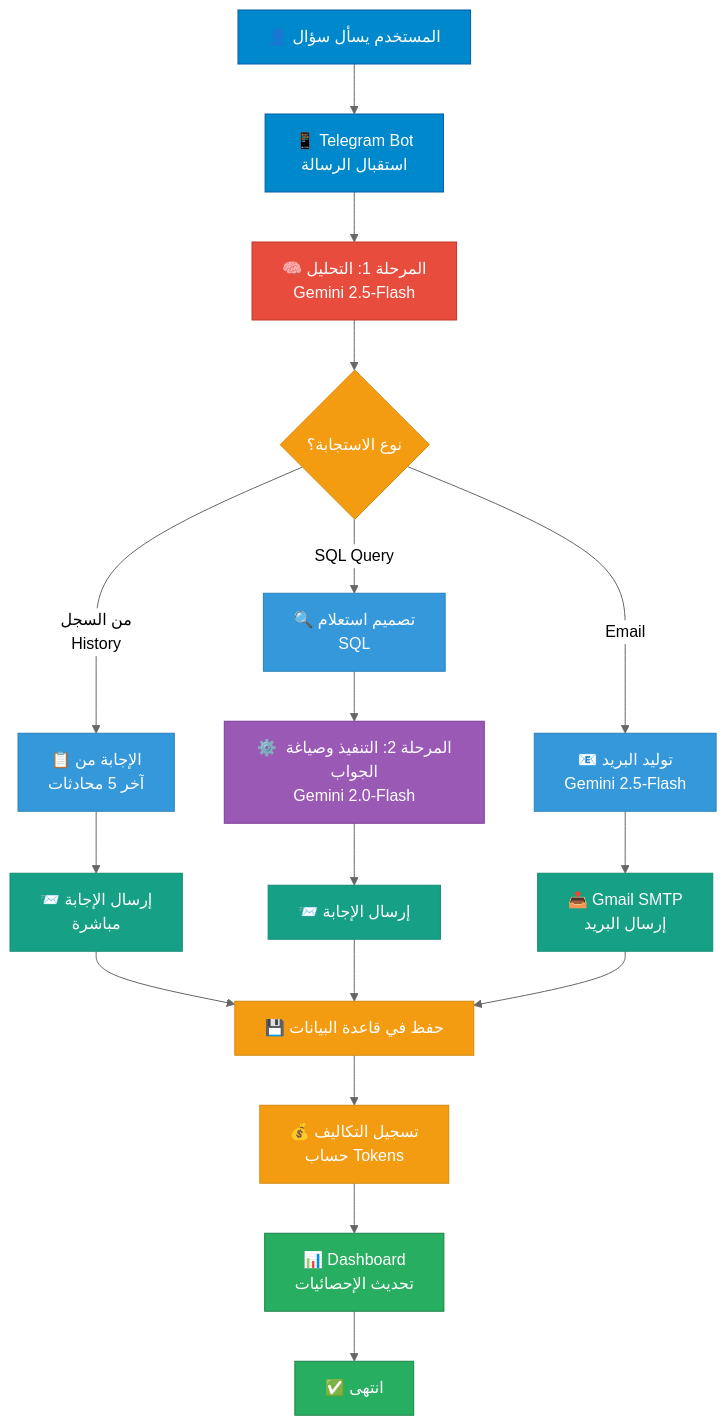
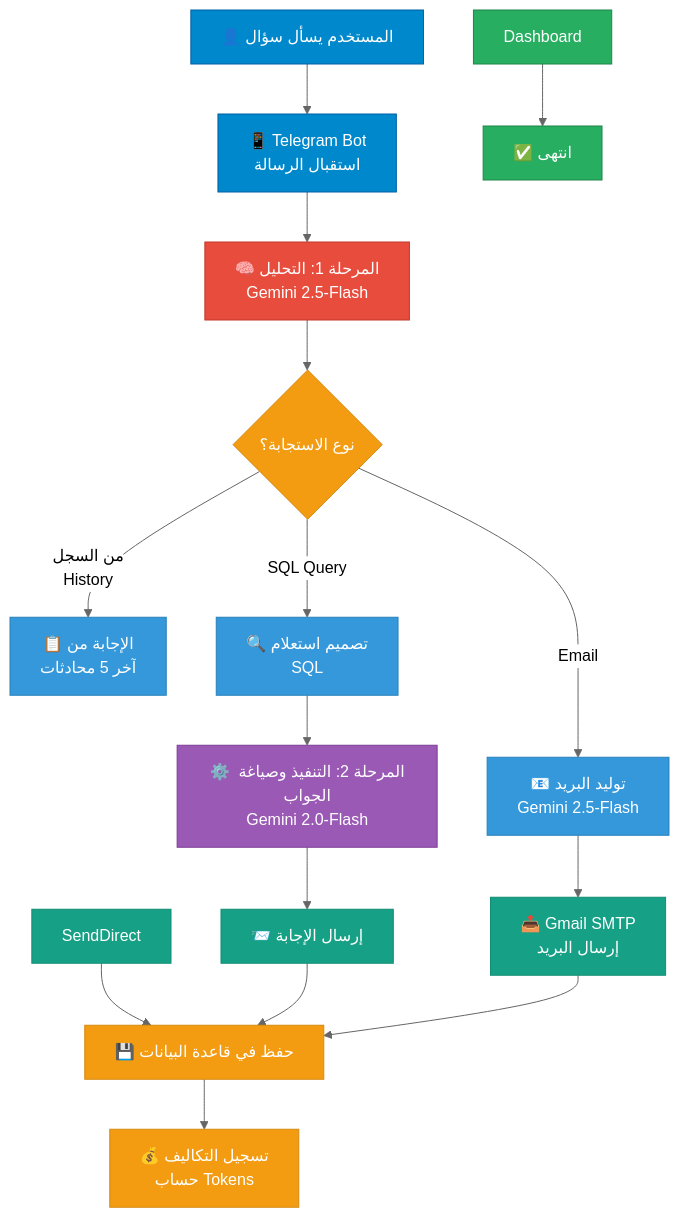
One commit to Bek0/AI-Telegram-Bot changed the first of 2 diagrams in README.md. Above: the diagram before and after it, drawn with Mermaid (neutral theme).

````diff
--- a/README.md
+++ b/README.md
@@ -8,45 +8,43 @@
 ```mermaid
 graph TD
     Start["👤 المستخدم يسأل سؤال"] --> Input["📱 Telegram Bot<br/>استقبال الرسالة"]
     Input --> Stage1["🧠 المرحلة 1: التحليل<br/>Gemini 2.5-Flash"]
     
     Stage1 --> Decide{نوع الاستجابة؟}
     
     %% Path 1: Direct Answer from History
     Decide -->|من السجل<br/>History| DirectPath["📋 الإجابة من<br/>آخر 5 محادثات"]
-    DirectPath --> SendDirect["📨 إرسال الإجابة<br/>مباشرة"]
     
     %% Path 2: SQL Query
     Decide -->|SQL Query| SQLPath["🔍 تصميم استعلام<br/>SQL"]
     SQLPath --> Stage2["⚙️ المرحلة 2: التنفيذ وصياغة الجواب<br/>Gemini 2.0-Flash"]
     Stage2 --> SendSQL["📨 إرسال الإجابة"]
     
     %% Path 3: Email Generation
     Decide -->|Email| EmailPath["📧 توليد البريد<br/>Gemini 2.5-Flash"]
     EmailPath --> SendEmail["📤 Gmail SMTP<br/>إرسال البريد"]
     
     %% Logging and Tracking
     SendDirect --> SaveConv["💾 حفظ في قاعدة البيانات"]
     SendSQL --> SaveConv
     SendEmail --> SaveConv
     
     SaveConv --> LogCosts["💰 تسجيل التكاليف<br/>حساب Tokens"]
-    LogCosts --> Dashboard["📊 Dashboard<br/>تحديث الإحصائيات"]
     Dashboard --> End["✅ انتهى"]
     
     style Start fill:#0088cc,stroke:#005fa3,color:#fff
     style Input fill:#0088cc,stroke:#005fa3,color:#fff
     style Stage1 fill:#e74c3c,stroke:#c0392b,color:#fff
     style Decide fill:#f39c12,stroke:#d68910,color:#fff
     style DirectPath fill:#3498db,stroke:#2980b9,color:#fff
     style SendDirect fill:#16a085,stroke:#138d75,color:#fff
     style SQLPath fill:#3498db,stroke:#2980b9,color:#fff
     style Stage2 fill:#9b59b6,stroke:#7d3c98,color:#fff
     style SendSQL fill:#16a085,stroke:#138d75,color:#fff
     style EmailPath fill:#3498db,stroke:#2980b9,color:#fff
     style SendEmail fill:#16a085,stroke:#138d75,color:#fff
     style SaveConv fill:#f39c12,stroke:#d68910,color:#fff
     style LogCosts fill:#f39c12,stroke:#d68910,color:#fff
     style Dashboard fill:#27ae60,stroke:#1e8449,color:#fff
     style End fill:#27ae60,stroke:#1e8449,color:#fff
 ```
````
